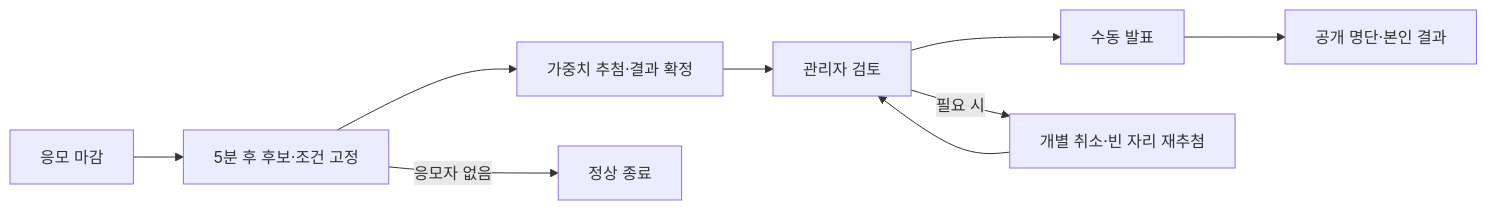
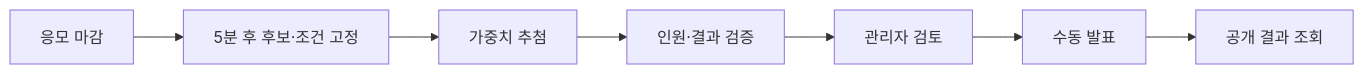
Diagram 14 of 17 in README.md (GETDDO/getddo-be), drawn with Mermaid before and after one commit. The commit also changed other lines of this file, not shown here.

````diff
--- a/README.md
+++ b/README.md
@@ -593,11 +585,9 @@
 ```mermaid
 flowchart LR
-    Close["응모 마감"] --> Prepare["5분 후 후보·조건 고정"]
-    Prepare --> Draw["가중치 추첨·결과 확정"]
-    Draw --> Review["관리자 검토"]
+    Close["응모 마감"] --> Snapshot["5분 후 후보·조건 고정"]
+    Snapshot --> Draw["가중치 추첨"]
+    Draw --> Confirm["인원·결과 검증"]
+    Confirm --> Review["관리자 검토"]
     Review --> Publish["수동 발표"]
-    Publish --> Result["공개 명단·본인 결과"]
-    Review -->|필요 시| Redraw["개별 취소·빈 자리 재추첨"]
-    Redraw --> Review
-    Prepare -->|응모자 없음| Empty["정상 종료"]
+    Publish --> Result["공개 결과 조회"]
 ```
````
